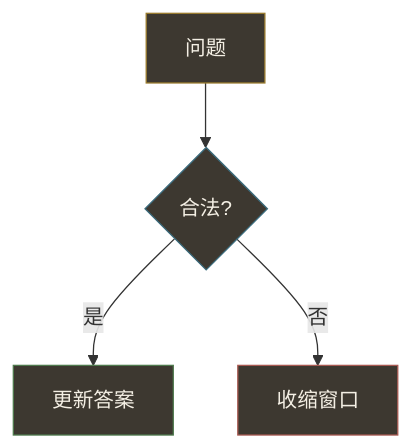
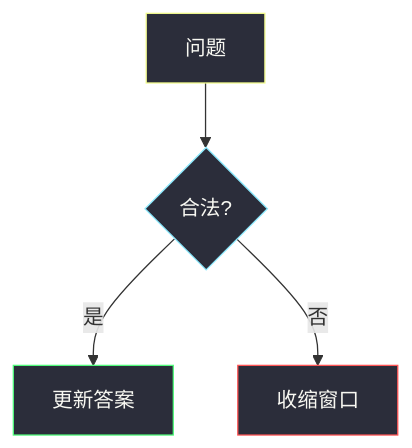
The diagram in solutions/MERMAID.md (socoo123/algorithm_pratices_web), drawn with Mermaid before and after one commit. The commit also changed other lines of this file and 10 other files, not shown here.

First line of the commit message:
Fix Mermaid contrast on parchment theme and add #438 solution.

````diff
--- a/solutions/MERMAID.md
+++ b/solutions/MERMAID.md
@@ -17,11 +18,11 @@
 ```mermaid
 flowchart TD
     A[问题] --> B{"合法?"}
     B -->|是| C[更新答案]
     B -->|否| D[收缩窗口]
 
-    style A fill:#3d3830,stroke:#9a7b2e,color:#f4efe4
-    style B fill:#3d3830,stroke:#3a6b7c,color:#f4efe4
-    style C fill:#3d3830,stroke:#4f7a4e,color:#f4efe4
-    style D fill:#3d3830,stroke:#a85a52,color:#f4efe4
+    style A fill:#2b2d3a,stroke:#f1fa8c,color:#f8f8f2
+    style B fill:#2b2d3a,stroke:#8be9fd,color:#f8f8f2
+    style C fill:#2b2d3a,stroke:#50fa7b,color:#f8f8f2
+    style D fill:#2b2d3a,stroke:#ff5555,color:#f8f8f2
 ```
````
